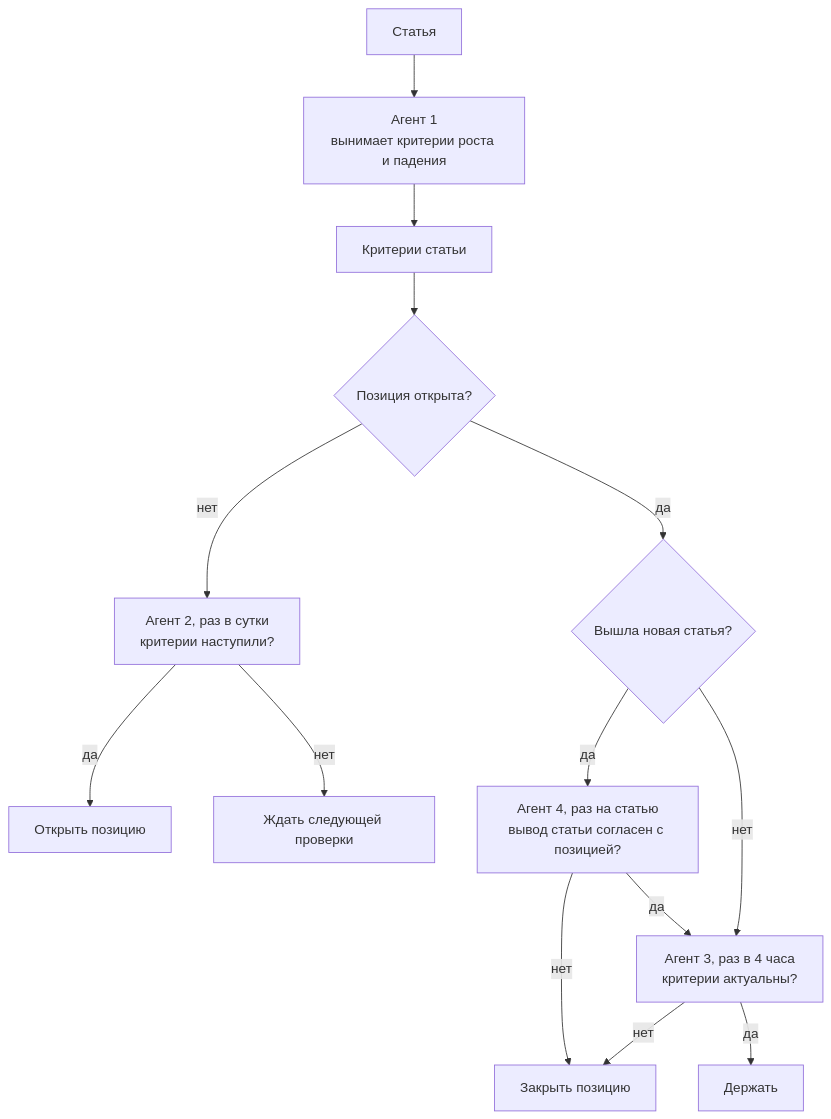
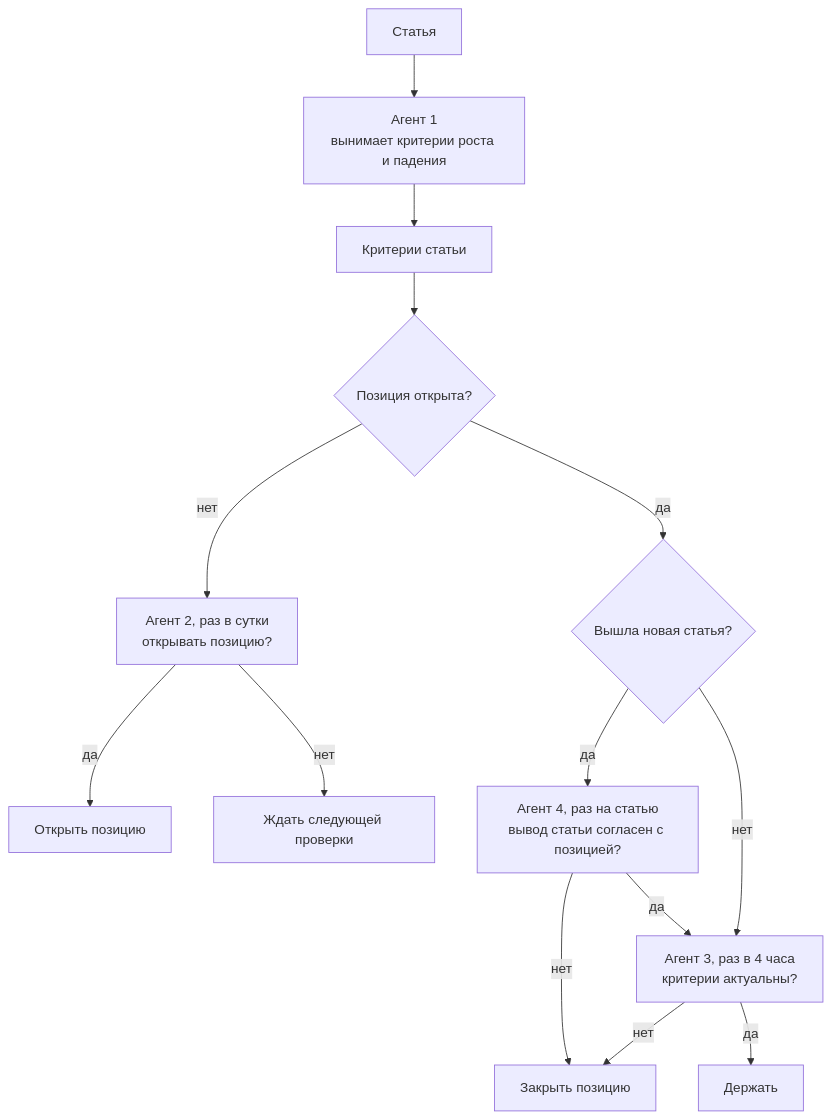
Before and after one commit to backtest-kit/backtest-news-claims: the diagram in docs/AGENT.md, drawn with Mermaid. The commit also changed other lines of this file and 2 other files, not shown here.

````diff
--- a/docs/AGENT.md
+++ b/docs/AGENT.md
@@ -7,16 +7,16 @@
 ```mermaid
 flowchart TD
     A["Статья"] --> L1["Агент 1<br/>вынимает критерии роста и падения"]
     L1 --> C["Критерии статьи"]
     C --> Q{"Позиция открыта?"}
-    Q -- нет --> L2["Агент 2, раз в сутки<br/>критерии наступили?"]
+    Q -- нет --> L2["Агент 2, раз в сутки<br/>открывать позицию?"]
     Q -- да --> N{"Вышла новая статья?"}
     N -- да --> L4["Агент 4, раз на статью<br/>вывод статьи согласен с позицией?"]
     N -- нет --> L3["Агент 3, раз в 4 часа<br/>критерии актуальны?"]
     L4 -- нет --> X
     L4 -- да --> L3
     L2 -- да --> O["Открыть позицию"]
     L2 -- нет --> W["Ждать следующей проверки"]
     L3 -- нет --> X["Закрыть позицию"]
     L3 -- да --> H["Держать"]
 ```
````
